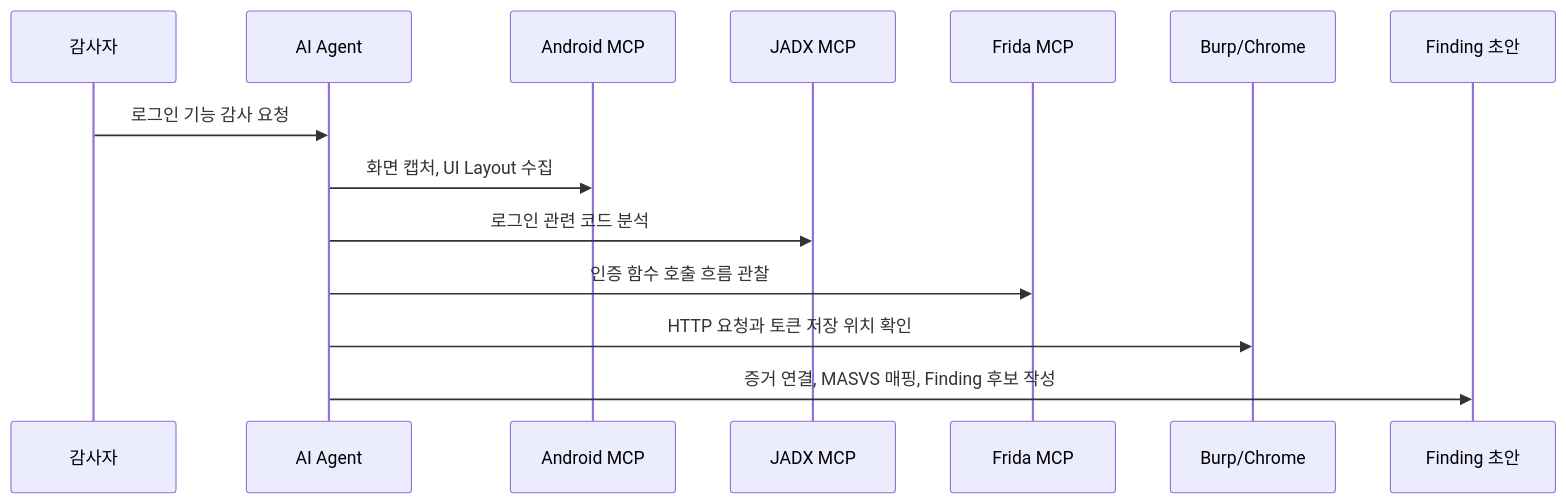
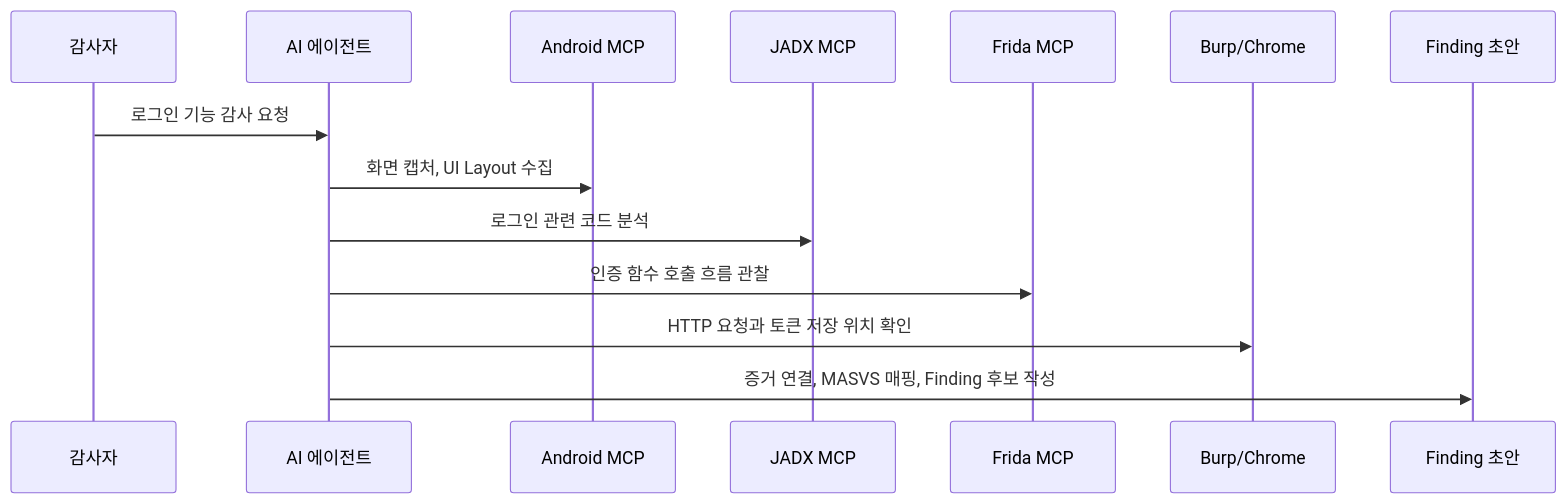
The eighth of 9 diagrams in docs/mobile-audit-mcp-origin/source.md (koalav/present-anyything), drawn with Mermaid before and after one commit. The commit also changed other lines of this file and 26 other files, not shown here.

````diff
--- a/docs/mobile-audit-mcp-origin/source.md
+++ b/docs/mobile-audit-mcp-origin/source.md
@@ -578,17 +578,17 @@
 ```mermaid
 sequenceDiagram
     participant Auditor as 감사자
-    participant Agent as AI Agent
+    participant Agent as AI 에이전트
     participant Android as Android MCP
     participant JADX as JADX MCP
     participant Frida as Frida MCP
     participant Net as Burp/Chrome
     participant Report as Finding 초안
 
     Auditor->>Agent: 로그인 기능 감사 요청
     Agent->>Android: 화면 캡처, UI Layout 수집
     Agent->>JADX: 로그인 관련 코드 분석
     Agent->>Frida: 인증 함수 호출 흐름 관찰
     Agent->>Net: HTTP 요청과 토큰 저장 위치 확인
     Agent->>Report: 증거 연결, MASVS 매핑, Finding 후보 작성
 ```
````
